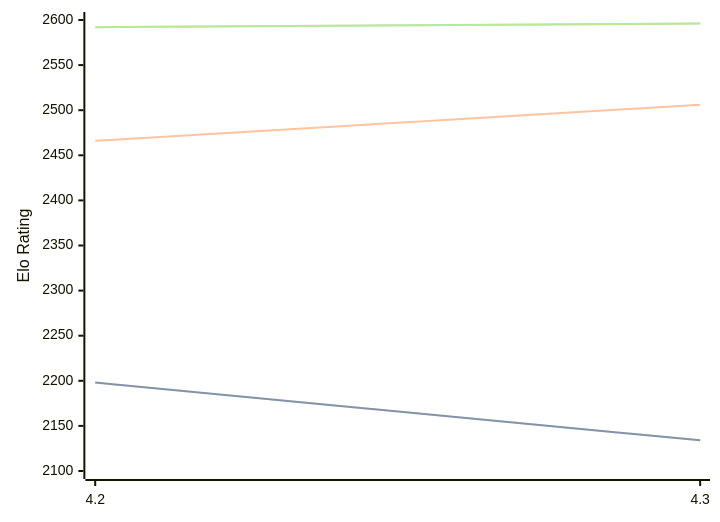
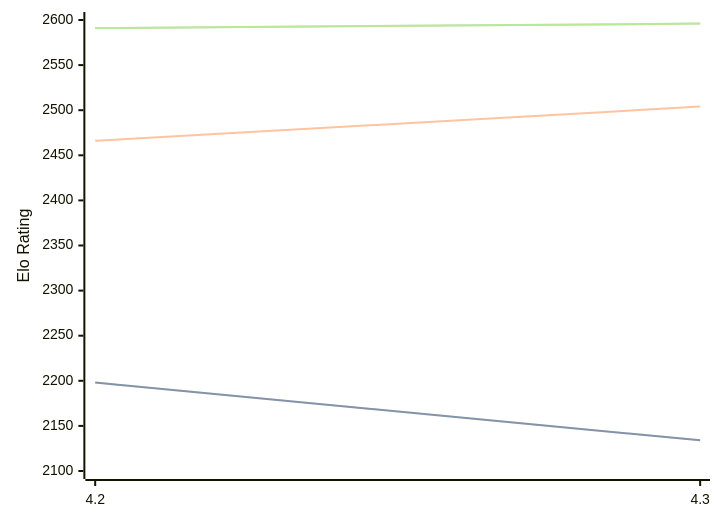
Before and after one commit to computer-chess-index/cci: the diagram in engines/Eubos.md, drawn with Mermaid. The commit also changed other lines of this file, not shown here.

Commit message:
Update CCI Ratings (ELO VLTC) - 2026-03-18

````diff
--- a/engines/Eubos.md
+++ b/engines/Eubos.md
@@ -86,11 +86,11 @@
 ```mermaid
 %%{init: {"theme":"base","themeVariables":{"seriesColors:['#a3a3a3','#222221','#faa371']}}}%%
 xychart-beta
   x-axis ["4.2", "4.3"]
   y-axis "Elo Rating" 2100 --> 2600
   line "STC (8.0+0.08s)" [2198, 2134]
   line "STC (8.0+0.08s)" [2198, 2134]
-  line "LTC (60.0+0.60s)" [2466, 2506]
-  line "VLTC (2m24s+1.12s)" [2592, 2596]
-  line "VLTC (2m24s+1.12s)" [2592, 2596]
+  line "LTC (60.0+0.60s)" [2466, 2504]
+  line "VLTC (2m24s+1.12s)" [2591, 2596]
+  line "VLTC (2m24s+1.12s)" [2591, 2596]
 ```
````
